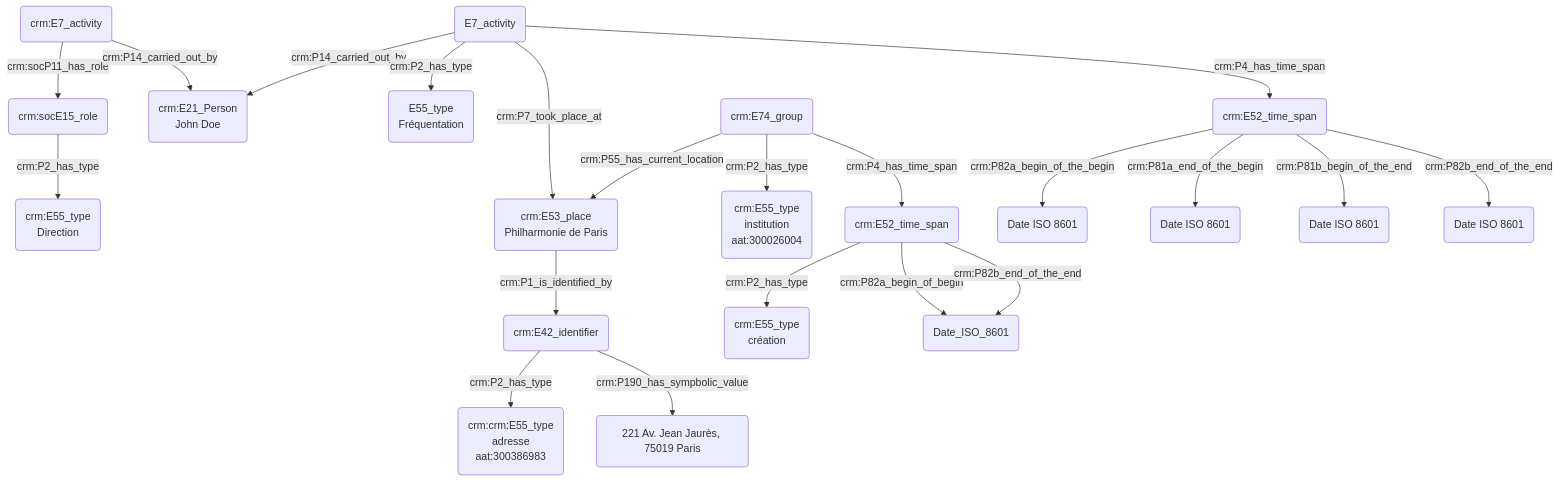
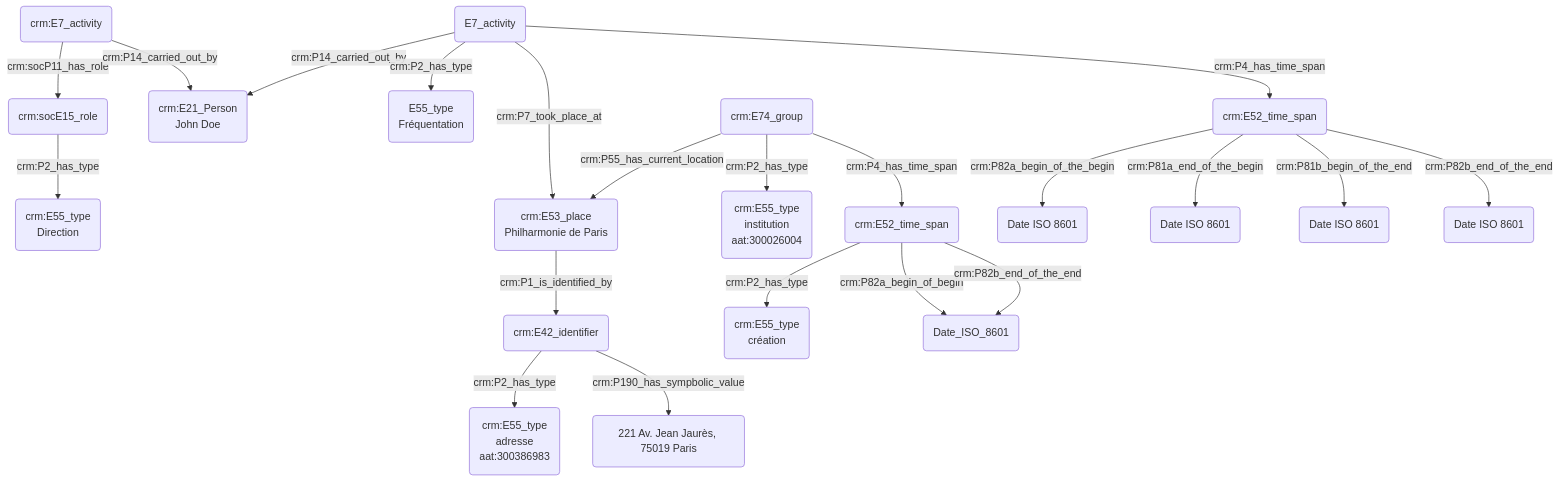
The diagram in modules/livrables/Dossier 2/Prosopographie/fréquentation d'une institution.md (Amleth/consortium-musica2-gt2-ontologies), drawn with Mermaid before and after one commit.

Commit message:
Update fréquentation d'une institution.md

````diff
--- a/modules/livrables/Dossier 2/Prosopographie/fréquentation d'une institution.md
+++ b/modules/livrables/Dossier 2/Prosopographie/fréquentation d'une institution.md
@@ -11,28 +11,28 @@
 ```mermaid
 graph TD;
 
 P(crm:E7_activity) --> |crm:socP11_has_role| Q(crm:socE15_role)
 Q(crm:socE15_role) -->|crm:P2_has_type| R(crm:E55_type<br>Direction)
 P(crm:E7_activity) --> |crm:P14_carried_out_by| A("crm:E21_Person<br>John Doe")
 
 B(E7_activity) -->|crm:P14_carried_out_by| A("crm:E21_Person<br>John Doe")
 B(E7_activity) -->|crm:P2_has_type| C(E55_type<br>Fréquentation)
 
 B(E7_activity) --->|crm:P7_took_place_at| K(E53_place<br>Philharmonie de Paris)
 I(crm:E74_group) -->|crm:P2_has_type| J(crm:E55_type<br>institution<br>aat:300026004)
 I(crm:E74_group) -->|crm:P55_has_current_location| K(crm:E53_place)
 K(crm:E53_place<br>Philharmonie de Paris) --> |crm:P1_is_identified_by| S(crm:E42_identifier)
-S(crm:E42_identifier) --> |crm:P2_has_type| T(crm:crm:E55_type<br>adresse<br>aat:300386983)
+S(crm:E42_identifier) --> |crm:P2_has_type| T(crm:E55_type<br>adresse<br>aat:300386983)
 S(crm:E42_identifier) --> |crm:P190_has_sympbolic_value| U(221 Av. Jean Jaurès, 75019 Paris)
 I(crm:E74_group) -->|crm:P4_has_time_span| M(crm:E52_time_span)
 M(crm:E52_time_span) -->|crm:P2_has_type| N(crm:E55_type<br>création)
 M(crm:E52_time_span) -->|crm:P82a_begin_of_begin| O(Date_ISO_8601)
 M(crm:E52_time_span) -->|crm:P82b_end_of_the_end| O(Date_ISO_8601)
 
 B(E7_activity) --> |crm:P4_has_time_span| D(crm:E52_time_span)
 D(crm:E52_time_span) --> |crm:P82a_begin_of_the_begin| E("Date ISO 8601")
 D(crm:E52_time_span) --> |crm:P81a_end_of_the_begin| F("Date ISO 8601")
 D(crm:E52_time_span) --> |crm:P81b_begin_of_the_end|G("Date ISO 8601")
 D(crm:E52_time_span) --> |crm:P82b_end_of_the_end| H("Date ISO 8601")
 
 ```
````
